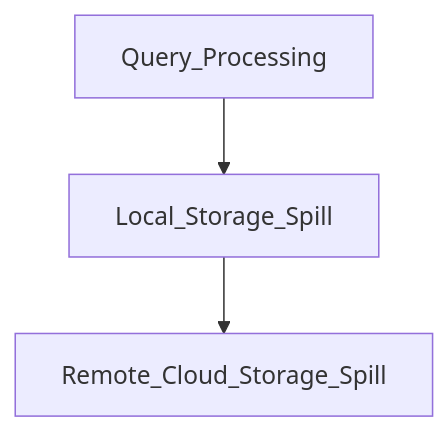
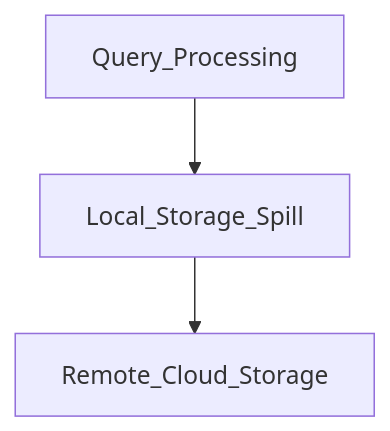
The diagram in Snowflake_Core_Certification/Section9_Performance_Concepts/keyPoints.md (Shidhin-VP/Guides), drawn with Mermaid before and after one commit.

Commit message:
Udpated Key Points

````diff
--- a/Snowflake_Core_Certification/Section9_Performance_Concepts/keyPoints.md
+++ b/Snowflake_Core_Certification/Section9_Performance_Concepts/keyPoints.md
@@ -21,5 +21,5 @@
         ```mermaid
         graph TD;
             Query_Processing-->Local_Storage_Spill; 
-            Local_Storage_Spill-->Remote_Cloud_Storage_Spill;
+            Local_Storage_Spill-->Remote_Cloud_Storage;
         ```
````
